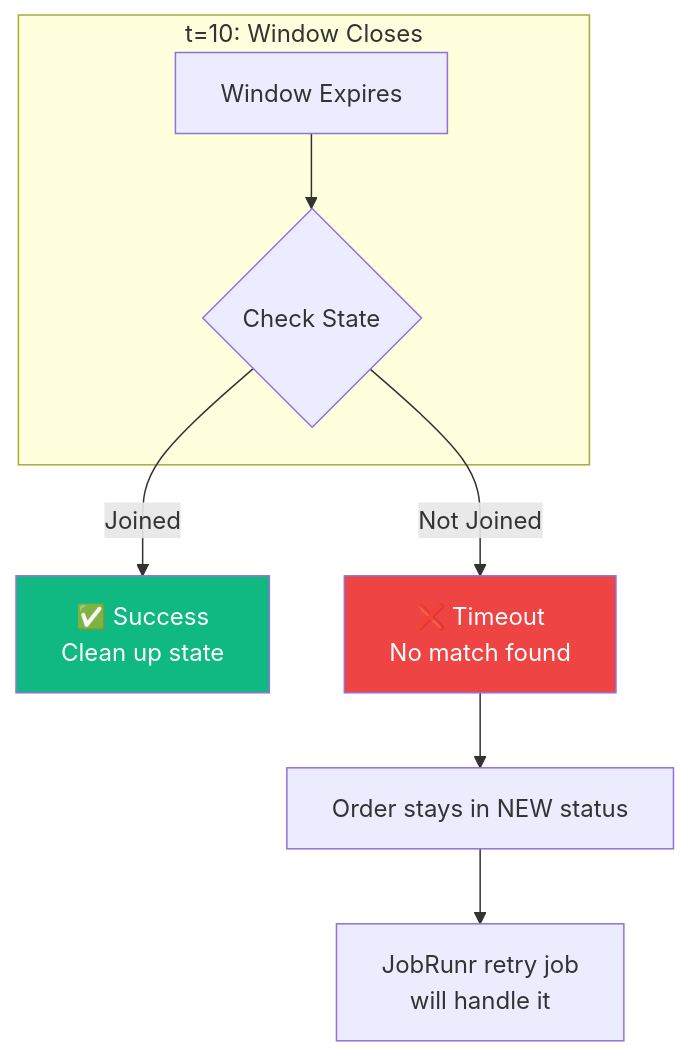
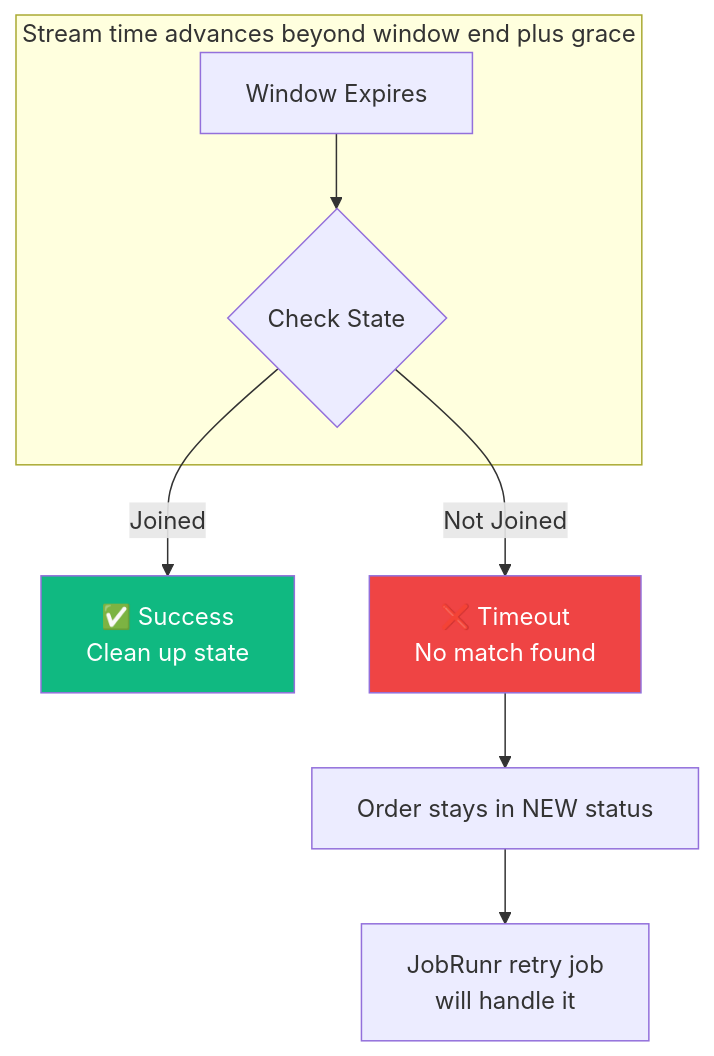
One commit to rajadilipkolli/spring-boot-microservices-series-v2 changed the seventh of 10 diagrams in order-service/docs/06-Saga-Confusion-Points-Clarified.md. Above: the diagram before and after it, drawn with Mermaid. The commit also changed other lines of this file and 51 other files, not shown here.

````diff
--- a/order-service/docs/06-Saga-Confusion-Points-Clarified.md
+++ b/order-service/docs/06-Saga-Confusion-Points-Clarified.md
@@ -364,15 +333,15 @@
 ```mermaid
 graph TB
-    subgraph "t=10: Window Closes"
+    subgraph "Stream time advances beyond window end plus grace"
         W1[Window Expires] --> C1{Check State}
     end
     
     C1 --> |"Joined"| S1[✅ Success<br/>Clean up state]
     C1 --> |"Not Joined"| S2[❌ Timeout<br/>No match found]
     
     S2 --> A1[Order stays in NEW status]
     A1 --> A2[JobRunr retry job<br/>will handle it]
     
     style S1 fill:#10b981,color:#ffffff
     style S2 fill:#ef4444,color:#ffffff
 ```
````
